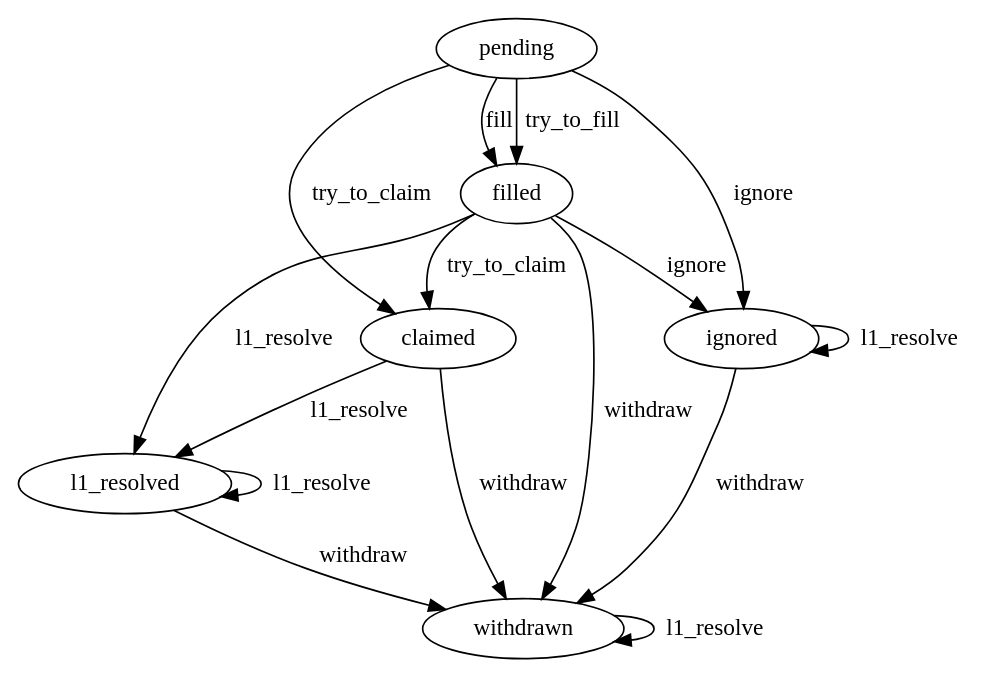
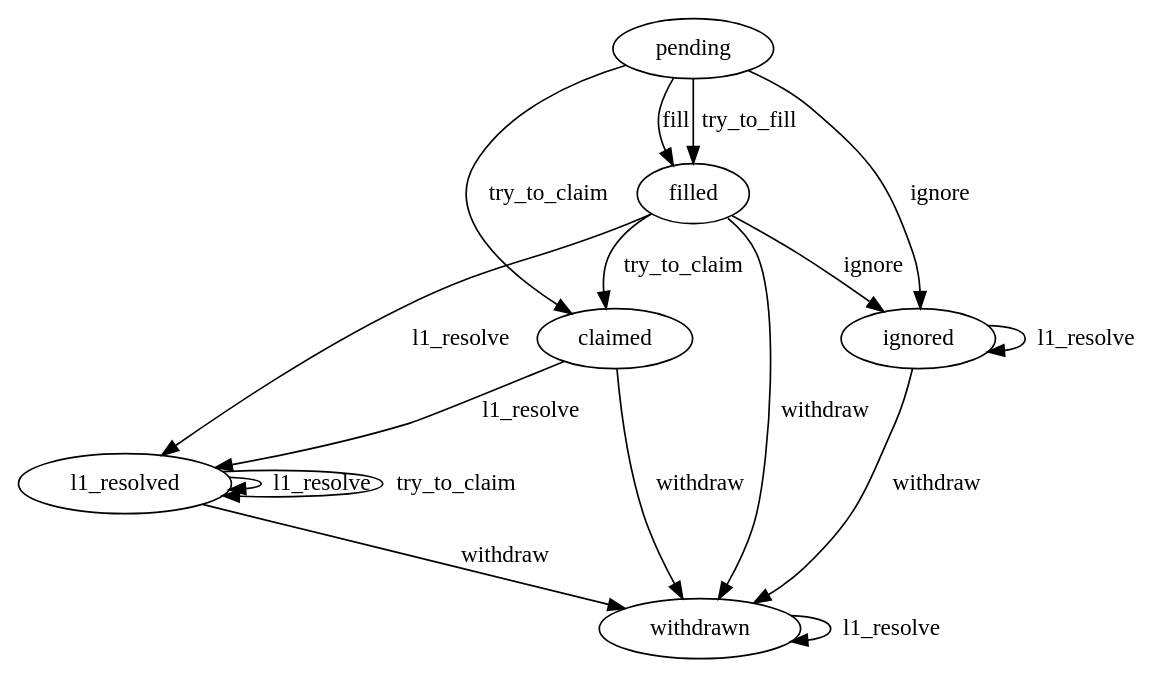
Before and after one commit to beamer-bridge/beamer: the diagram in docs/source/request_state_machine.dot, drawn with Graphviz. The commit also changed 1 other file, not shown here.

Commit message:
beamer: allow request transition l1_resolved -> l1_resolved [try_to_claim]

```diff
--- a/docs/source/request_state_machine.dot
+++ b/docs/source/request_state_machine.dot
@@ -1,25 +1,26 @@
 digraph request_state_machine {
     node [] pending, filled, claimed, l1_resolved, withdrawn, ignored;
 
     pending -> filled [label = fill];
     pending -> filled [label = try_to_fill];
     pending -> ignored [label = ignore];
     pending -> claimed [label = try_to_claim];
 
     filled -> claimed [label = try_to_claim];
 
     claimed -> withdrawn [label = withdraw];
     claimed -> l1_resolved [label = l1_resolve];
 
     l1_resolved -> withdrawn [label = withdraw];
     l1_resolved -> l1_resolved [label = l1_resolve];
+    l1_resolved -> l1_resolved [label = try_to_claim];
 
     filled -> withdrawn [label = withdraw];
     filled -> ignored [label = ignore];
     filled -> l1_resolved [label = l1_resolve];
 
     ignored -> withdrawn [label = withdraw];
 
     ignored -> ignored [label = l1_resolve];
     withdrawn -> withdrawn [label = l1_resolve];
 }
```
